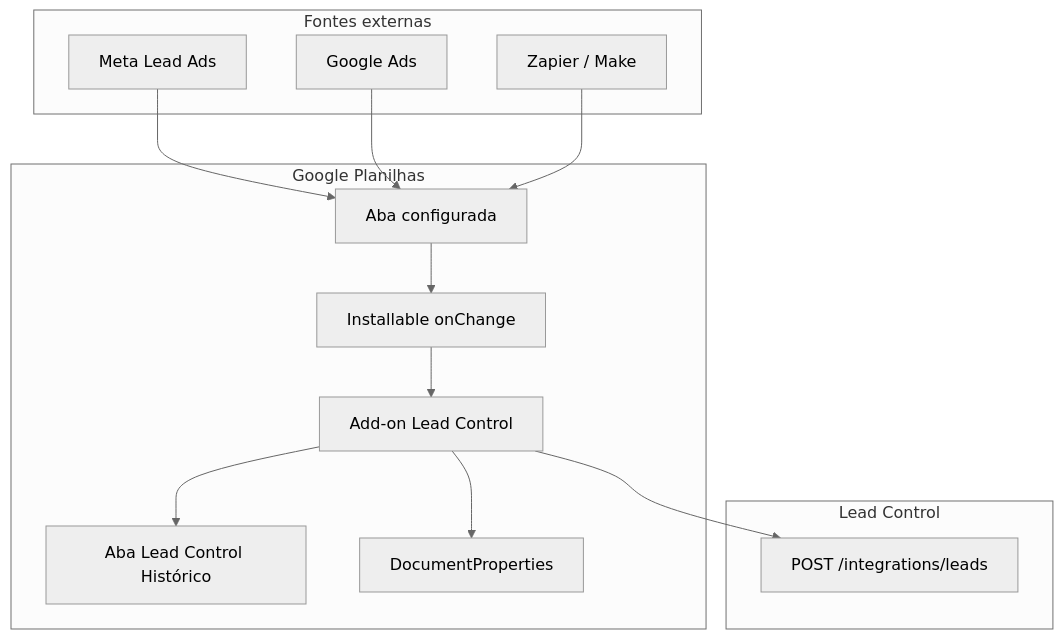
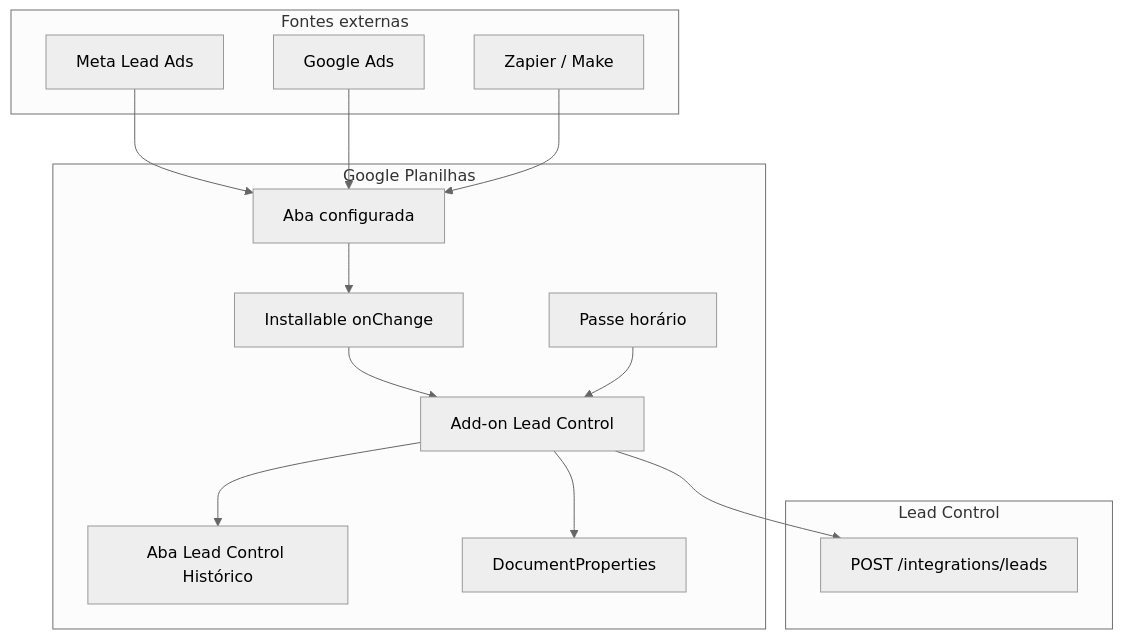
The diagram in docs/architecture.md (AurisAASI/gsheets-add-new-lead-integration), drawn with Mermaid (neutral theme) before and after one commit. The commit also changed other lines of this file and 25 other files, not shown here.

````diff
--- a/docs/architecture.md
+++ b/docs/architecture.md
@@ -9,29 +9,31 @@
 ```mermaid
 flowchart TD
     subgraph external [Fontes externas]
         Meta[Meta Lead Ads]
         GoogleAds[Google Ads]
         Zapier[Zapier / Make]
     end
 
     subgraph sheets [Google Planilhas]
         Sheet[Aba configurada]
         History[Aba Lead Control Histórico]
         AddOn[Add-on Lead Control]
         Props[DocumentProperties]
-        Trigger[Installable onChange]
+        OnChange[Installable onChange]
+        Hourly[Passe horário]
     end
 
     subgraph leadcontrol [Lead Control]
         API[POST /integrations/leads]
     end
 
     Meta --> Sheet
     GoogleAds --> Sheet
     Zapier --> Sheet
-    Sheet --> Trigger
-    Trigger --> AddOn
+    Sheet --> OnChange
+    OnChange --> AddOn
+    Hourly --> AddOn
     AddOn --> Props
     AddOn --> API
     AddOn --> History
 ```
````
